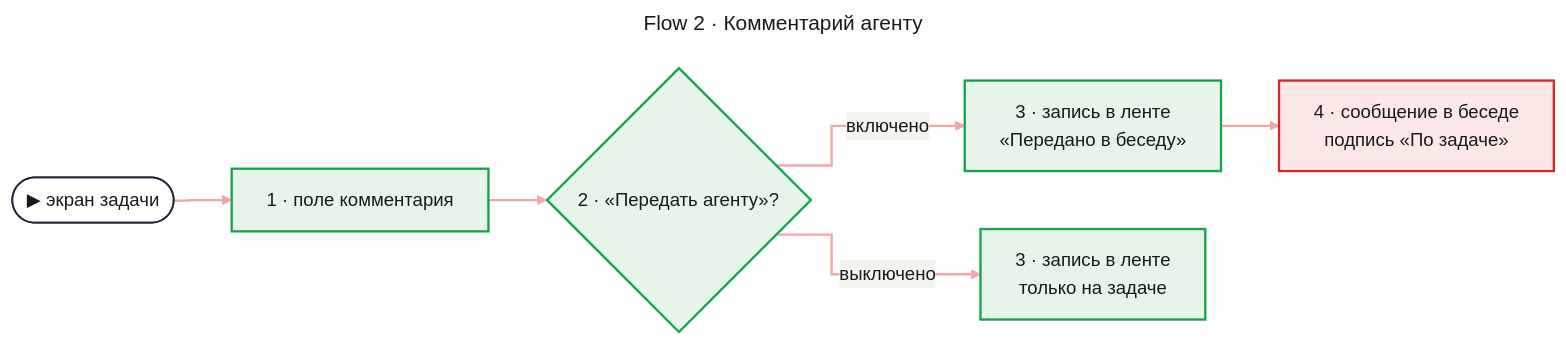
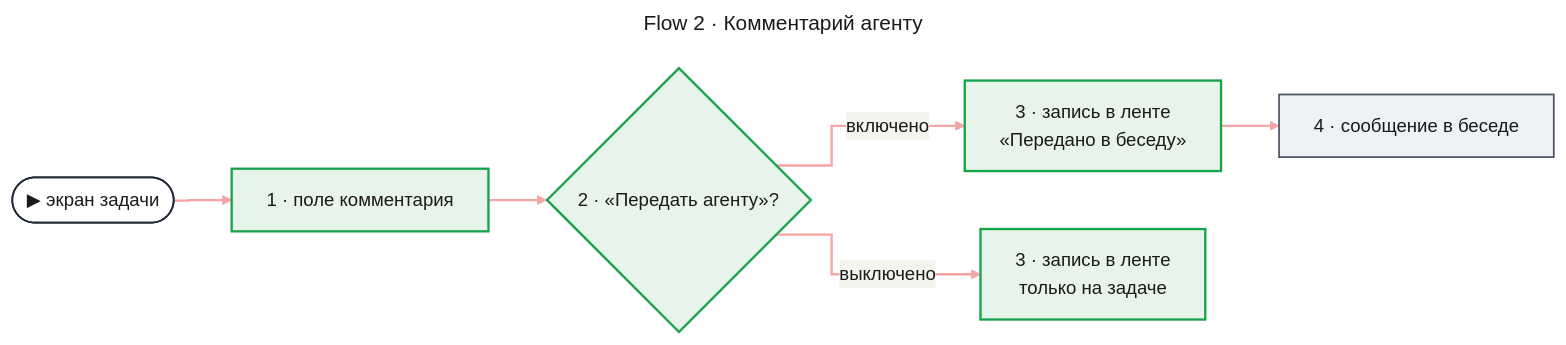
Before and after one commit to tundraray/agent-os: the second of 2 diagrams in docs/features/task-tracker/uxrd.md, drawn with Mermaid. The commit also changed other lines of this file, not shown here.

````diff
--- a/docs/features/task-tracker/uxrd.md
+++ b/docs/features/task-tracker/uxrd.md
@@ -122,45 +122,46 @@
 ```mermaid
 ---
 title: "Flow 2 · Комментарий агенту"
 config:
   theme: base
   look: classic
   themeVariables:
     primaryColor: "#eef1f5"
     primaryBorderColor: "#4b5563"
     primaryTextColor: "#1a1a1a"
     lineColor: "#6b7280"
   flowchart:
     curve: step
   themeCSS: |
     @keyframes lit_tt2{0%,18%{stroke:#991b1b;stroke-width:6px}20%,100%{stroke:#f4a5a5;stroke-width:2px}}
 ---
 flowchart LR
     entry(["▶ экран задачи"])
     field["1 · поле комментария"]
     sw{"2 · «Передать агенту»?"}
     sent["3 · запись в ленте<br/>«Передано в беседу»"]
-    conv["4 · сообщение в беседе<br/>подпись «По задаче»"]
+    conv["4 · сообщение в беседе"]
     kept["3 · запись в ленте<br/>только на задаче"]
     entry e1@--> field
     field e2@--> sw
     sw e3@-->|"включено"| sent
     sent e4@--> conv
     sw e5@-->|"выключено"| kept
     classDef entry fill:#ffffff,stroke:#1f2937,stroke-width:1.5px,color:#1a1a1a
     classDef changed fill:#fde8e8,stroke:#dc2626,stroke-width:2px,color:#1a1a1a
     classDef new fill:#e6f4ea,stroke:#16a34a,stroke-width:2px,color:#1a1a1a
+    classDef unchanged fill:#eef1f5,stroke:#4b5563,stroke-width:1.5px,color:#1a1a1a
     classDef w1 stroke:#f4a5a5,stroke-width:2px,animation:lit_tt2 6s linear 0s infinite
     classDef w2 stroke:#f4a5a5,stroke-width:2px,animation:lit_tt2 6s linear 1.2s infinite
     classDef w3 stroke:#f4a5a5,stroke-width:2px,animation:lit_tt2 6s linear 2.4s infinite
     classDef w4 stroke:#f4a5a5,stroke-width:2px,animation:lit_tt2 6s linear 3.6s infinite
     classDef w5 stroke:#f4a5a5,stroke-width:2px,animation:lit_tt2 6s linear 4.8s infinite
     class entry entry
-    class conv changed
+    class conv unchanged
     class field,sw,sent,kept new
     class e1 w1
     class e2 w2
     class e3 w3
     class e4 w4
     class e5 w5
 ```
````
